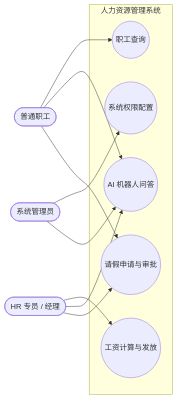
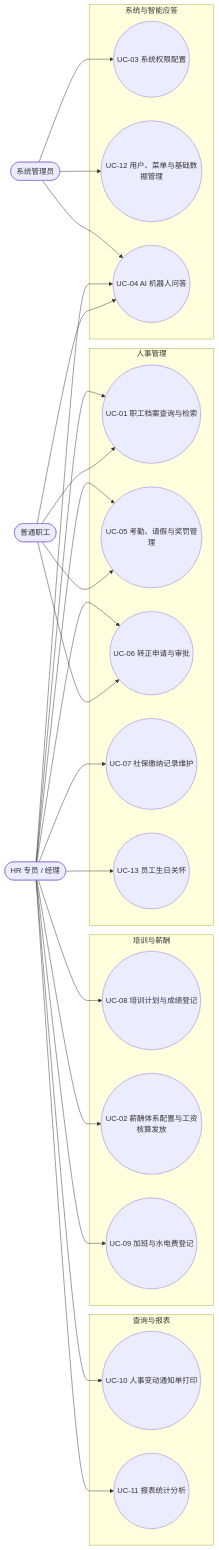
The first of 15 diagrams in code_artifact.md (C-wayen/hrms), drawn with Mermaid before and after one commit. The commit also changed other lines of this file and 2 other files, not shown here.

Commit message:
docs: 增加UML图相关内容，规范格式

````diff
--- a/code_artifact.md
+++ b/code_artifact.md
@@ -236,23 +269,50 @@
 ```mermaid
 flowchart LR
     Admin(["系统管理员"])
     HR(["HR 专员 / 经理"])
     Emp(["普通职工"])
 
-    subgraph SYS["人力资源管理系统"]
-        UC1(("职工查询"))
-        UC2(("工资计算与发放"))
-        UC3(("系统权限配置"))
-        UC4(("AI 机器人问答"))
-        UC5(("请假申请与审批"))
+    subgraph S1["人事管理"]
+        UC01(("UC-01 职工档案查询与检索"))
+        UC05(("UC-05 考勤、请假与奖罚管理"))
+        UC06(("UC-06 转正申请与审批"))
+        UC07(("UC-07 社保缴纳记录维护"))
+        UC13(("UC-13 员工生日关怀"))
     end
 
-    Emp --> UC1
-    Emp --> UC4
-    Emp --> UC5
-    HR --> UC2
-    HR --> UC4
-    HR --> UC5
-    Admin --> UC3
-    Admin --> UC4
+    subgraph S2["培训与薪酬"]
+        UC08(("UC-08 培训计划与成绩登记"))
+        UC02(("UC-02 薪酬体系配置与工资核算发放"))
+        UC09(("UC-09 加班与水电费登记"))
+    end
+
+    subgraph S3["查询与报表"]
+        UC10(("UC-10 人事变动通知单打印"))
+        UC11(("UC-11 报表统计分析"))
+    end
+
+    subgraph S4["系统与智能应答"]
+        UC03(("UC-03 系统权限配置"))
+        UC12(("UC-12 用户、菜单与基础数据管理"))
+        UC04(("UC-04 AI 机器人问答"))
+    end
+
+    Emp --> UC01
+    Emp --> UC05
+    Emp --> UC06
+    Emp --> UC04
+    HR --> UC01
+    HR --> UC02
+    HR --> UC05
+    HR --> UC06
+    HR --> UC07
+    HR --> UC08
+    HR --> UC09
+    HR --> UC10
+    HR --> UC11
+    HR --> UC13
+    HR --> UC04
+    Admin --> UC03
+    Admin --> UC12
+    Admin --> UC04
 ```
````
